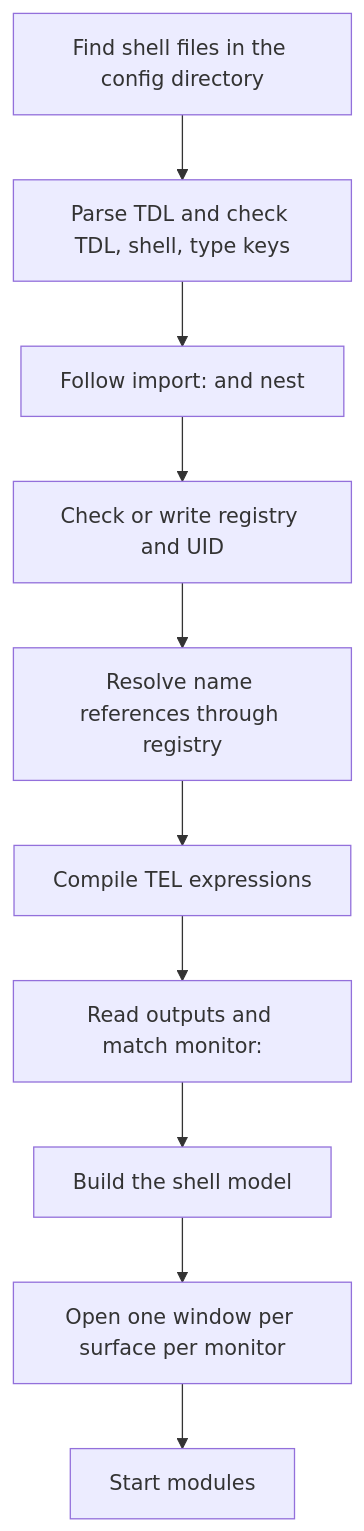
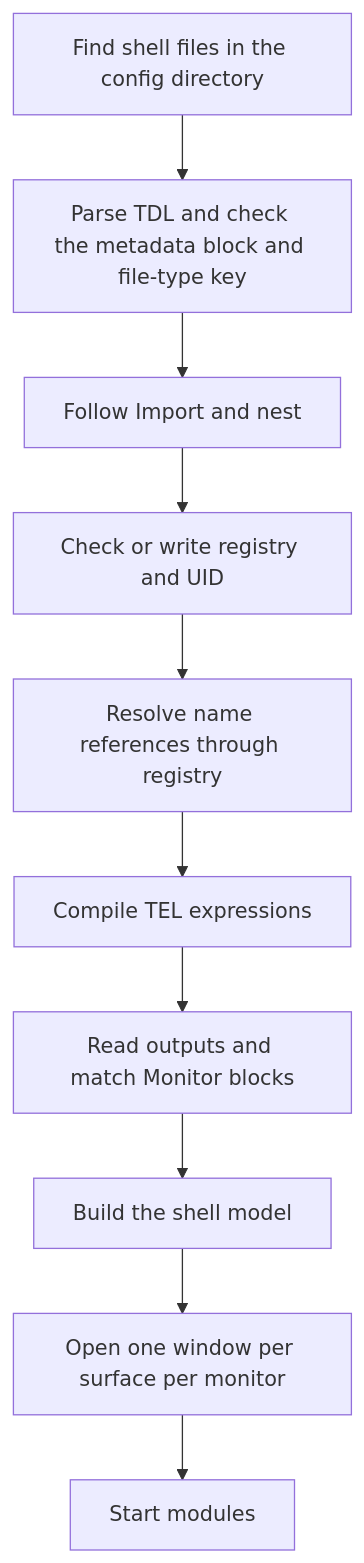
One commit to mindderivative/tess-shell changed the first of 3 diagrams in 20 Architecture/Data Flow.md. Above: the diagram before and after it, drawn with Mermaid. The commit also changed other lines of this file and 16 other files, not shown here.

Commit message:
TDL pass 2, levels 0 and 1: metadata block, file-type keys, Capitalised keys, block heads as types, Monitor selectors; add proposed T19 (question-mark conditional)

````diff
--- a/20 Architecture/Data Flow.md
+++ b/20 Architecture/Data Flow.md
@@ -21,12 +21,12 @@
 ```mermaid
 flowchart TD
-    a[Find shell files in the config directory] --> b[Parse TDL and check TDL, shell, type keys]
-    b --> c[Follow import: and nest]
+    a[Find shell files in the config directory] --> b[Parse TDL and check the metadata block and file-type key]
+    b --> c[Follow Import and nest]
     c --> d[Check or write registry and UID]
     d --> e[Resolve name references through registry]
     e --> f[Compile TEL expressions]
-    f --> g[Read outputs and match monitor:]
+    f --> g[Read outputs and match Monitor blocks]
     g --> h[Build the shell model]
     h --> i[Open one window per surface per monitor]
     i --> j[Start modules]
 ```
````
